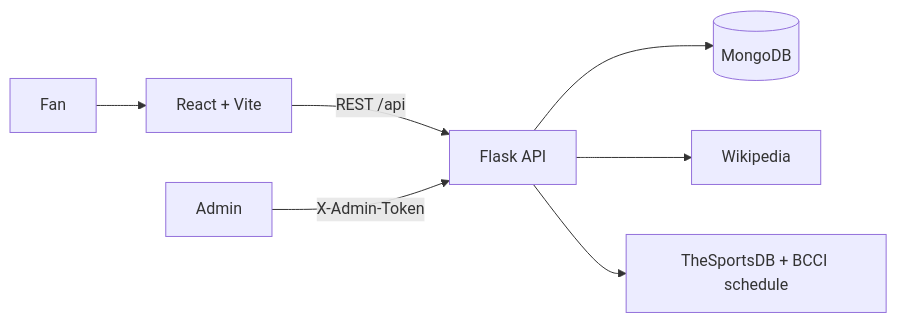
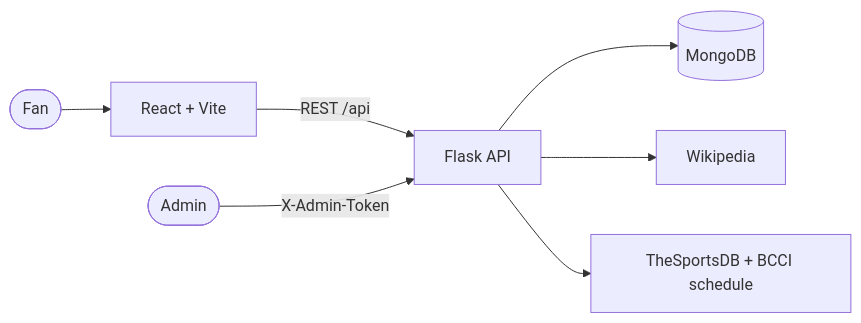
The diagram in README.md (Arunava45dev/Indian-sports-portfolio), drawn with Mermaid before and after one commit. The commit also changed other lines of this file, not shown here.

````diff
--- a/README.md
+++ b/README.md
@@ -70,9 +80,9 @@
 ```mermaid
 flowchart LR
-    FAN[Fan] --> WEB[React + Vite]
+    FAN([Fan]) --> WEB[React + Vite]
     WEB -->|REST /api| FLASK[Flask API]
     FLASK --> DB[(MongoDB)]
     FLASK --> WIKI[Wikipedia]
     FLASK --> SPORTS[TheSportsDB + BCCI schedule]
-    ADMIN[Admin] -->|X-Admin-Token| FLASK
+    ADMIN([Admin]) -->|X-Admin-Token| FLASK
 ```
````
